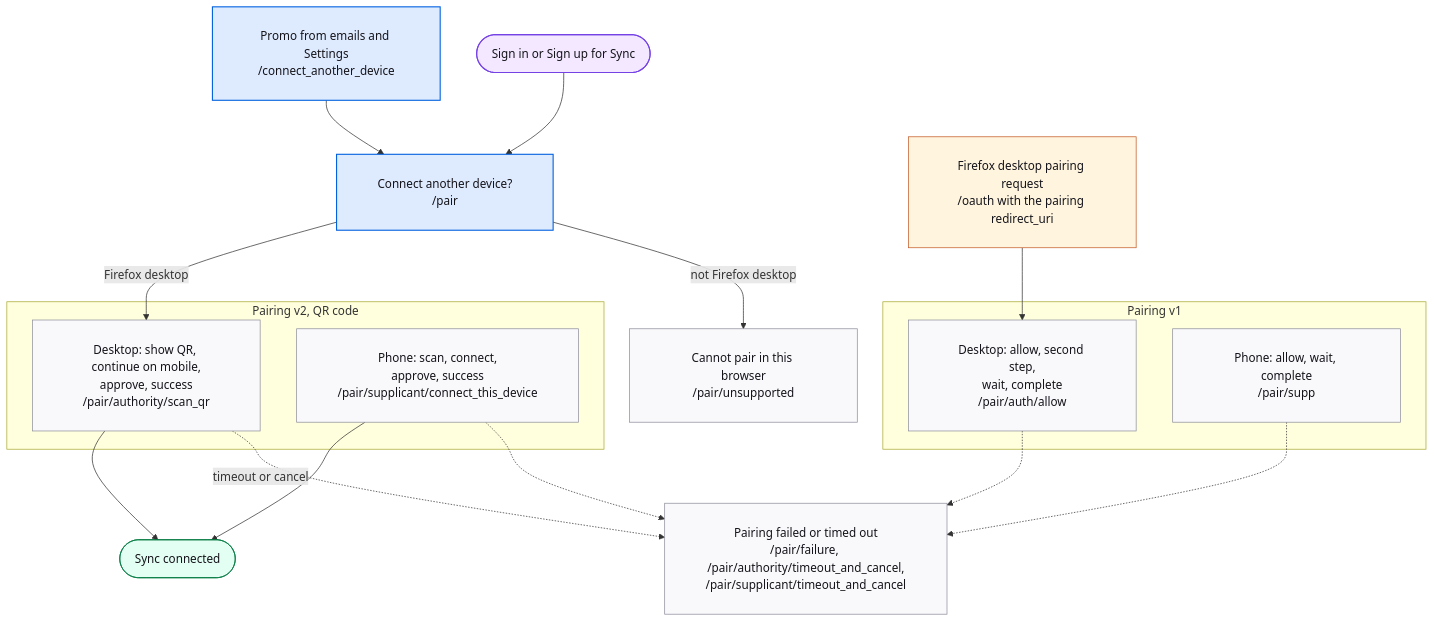
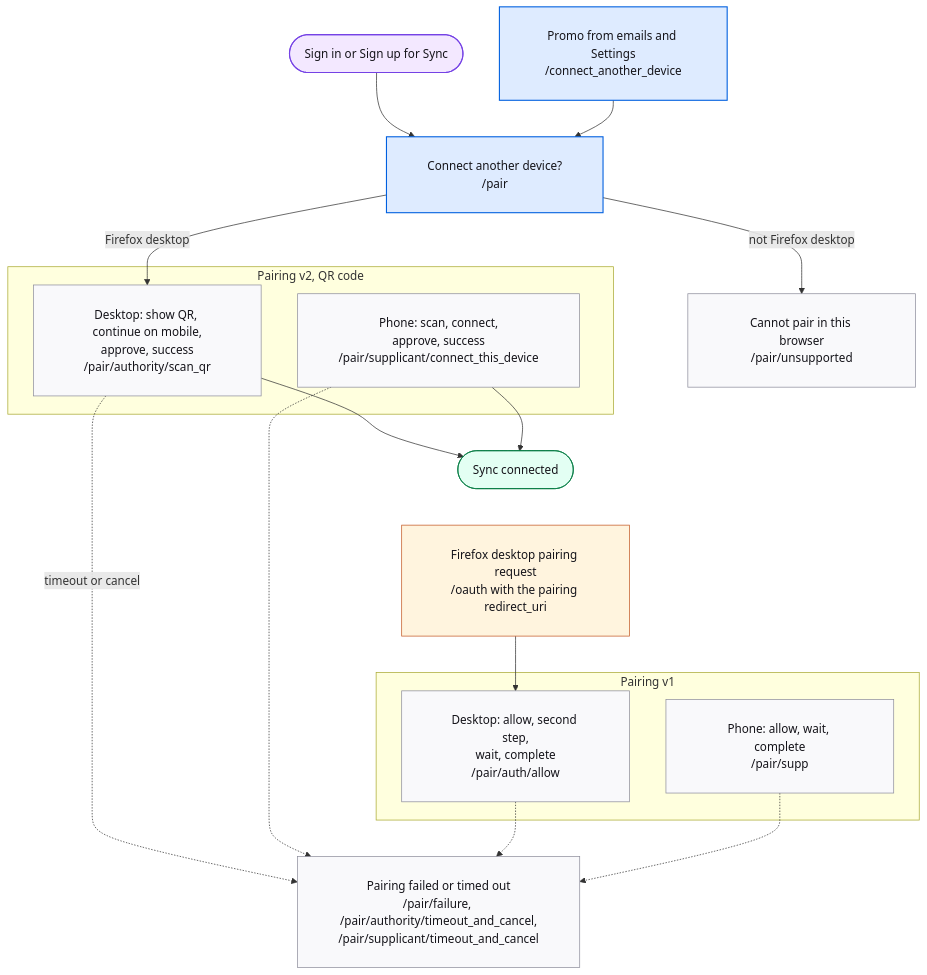
Before and after one commit to mozilla/ecosystem-platform: the diagram in docs/fxa-sitemap/flow-pairing.md, drawn with Mermaid. The commit also changed 1 other file, not shown here.

Commit message:
docs(fxa-sitemap): read every map top to bottom
The overview was left-to-right while the flow pages were top-to-bottom.
It is shallow enough to read top-to-bottom at full size, so it now matches.
The pairing map stacks the two generations vertically instead of side by
side, which raises its text from 6.5 px to 10 px at page width.

````diff
--- a/docs/fxa-sitemap/flow-pairing.md
+++ b/docs/fxa-sitemap/flow-pairing.md
@@ -12,36 +12,37 @@
 ```mermaid
 %%{init: {"flowchart": {"padding": 28}}}%%
 flowchart TD
   signin(["Sign in or Sign up for Sync"]) --> pair["Connect another device?<br/>/pair"]
   cad["Promo from emails and Settings<br/>/connect_another_device"] --> pair
   pair -->|not Firefox desktop| unsupported["Cannot pair in this browser<br/>/pair/unsupported"]
   pair -->|Firefox desktop| desktop2
   subgraph v2 ["Pairing v2, QR code"]
     desktop2["Desktop: show QR, continue on mobile,<br/>approve, success<br/>/pair/authority/scan_qr"]
     phone2["Phone: scan, connect,<br/>approve, success<br/>/pair/supplicant/connect_this_device"]
   end
   fxreq["Firefox desktop pairing request<br/>/oauth with the pairing redirect_uri"] --> desktop1
   subgraph v1 ["Pairing v1"]
     desktop1["Desktop: allow, second step,<br/>wait, complete<br/>/pair/auth/allow"]
     phone1["Phone: allow, wait, complete<br/>/pair/supp"]
   end
   desktop2 -.timeout or cancel.-> failure["Pairing failed or timed out<br/>/pair/failure, /pair/authority/timeout_and_cancel,<br/>/pair/supplicant/timeout_and_cancel"]
   phone2 -.-> failure
   desktop1 -.-> failure
   phone1 -.-> failure
   desktop2 --> done(["Sync connected"])
   phone2 --> done
+  done ~~~ fxreq
   classDef page fill:#deebff,stroke:#0060df,stroke-width:1.5px,color:#15141a
   classDef step fill:#f9f9fb,stroke:#8f8f9d,color:#15141a
   classDef legacy fill:#f0f0f4,stroke:#8f8f9d,stroke-dasharray:5 3,color:#5b5b66
   classDef exit fill:#e3fff3,stroke:#017a40,color:#15141a
   classDef source fill:#fff4de,stroke:#c45a27,color:#15141a
   classDef flow fill:#f3e8ff,stroke:#7542e5,stroke-width:1.5px,color:#15141a
   classDef mode fill:#f0f0f4,stroke:#5b5b66,color:#15141a
   class signin flow
   class fxreq source
   class pair,cad page
   class unsupported,desktop2,phone2,desktop1,phone1,failure step
   class done exit
   click signin href "/ecosystem-platform/fxa-sitemap/flow-signin"
 ```
````
